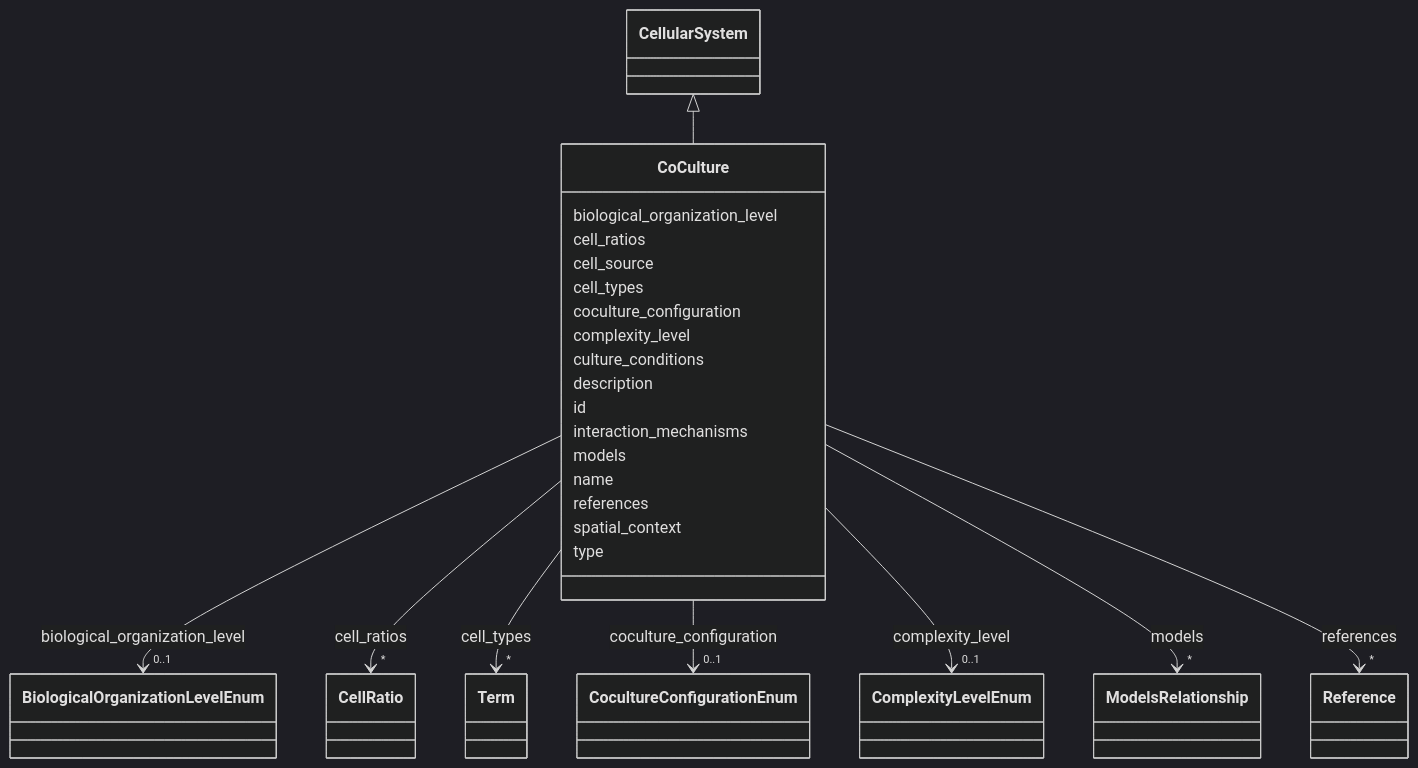
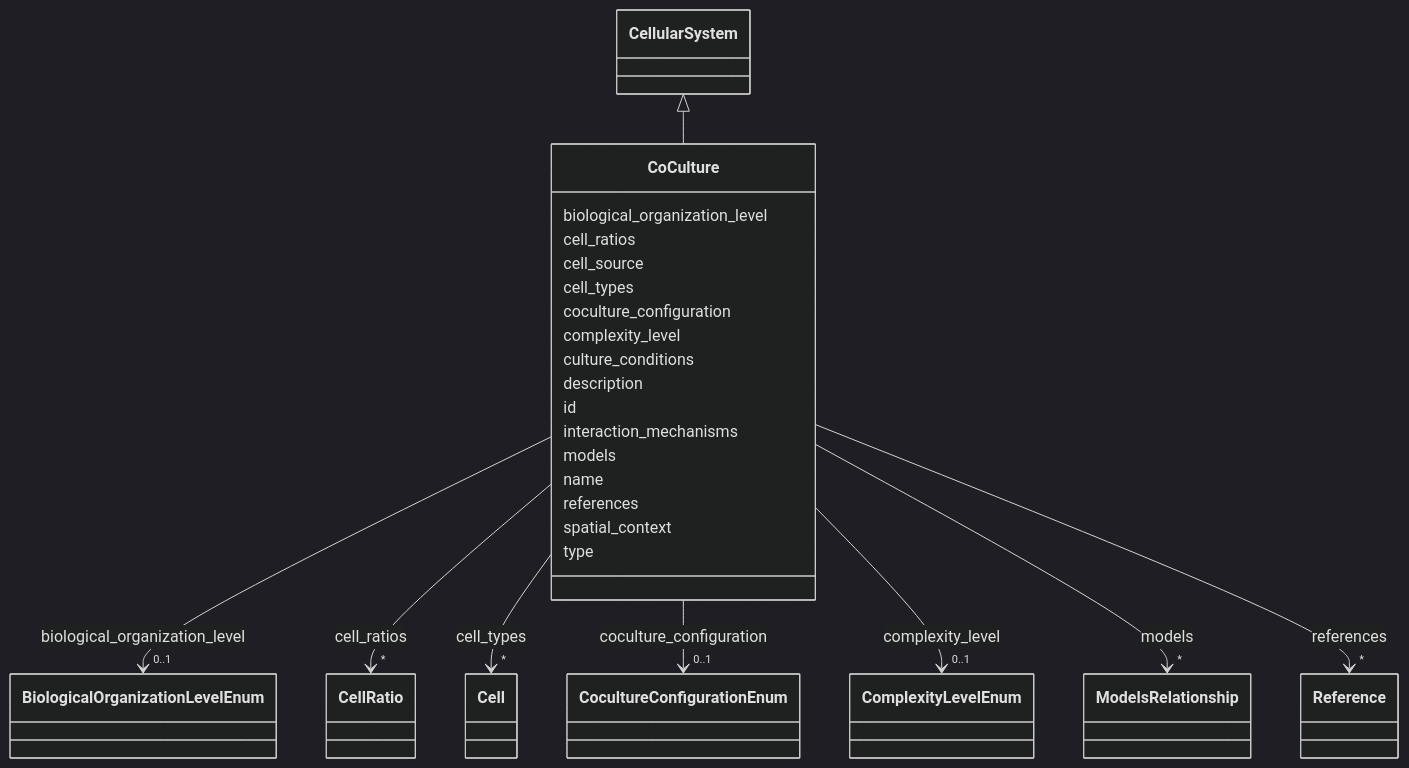
One commit to monarch-initiative/namo changed the diagram in docs/elements/CoCulture.md. Above: the diagram before and after it, drawn with Mermaid (dark theme). The commit also changed other lines of this file and 307 other files, not shown here.

```diff
--- a/docs/elements/CoCulture.md
+++ b/docs/elements/CoCulture.md
@@ -52,8 +57,8 @@
     
         
         
-        CoCulture --> "*" Term : cell_types
-        click Term href "../Term/"
+        CoCulture --> "*" Cell : cell_types
+        click Cell href "../Cell/"
     
 
         
```
